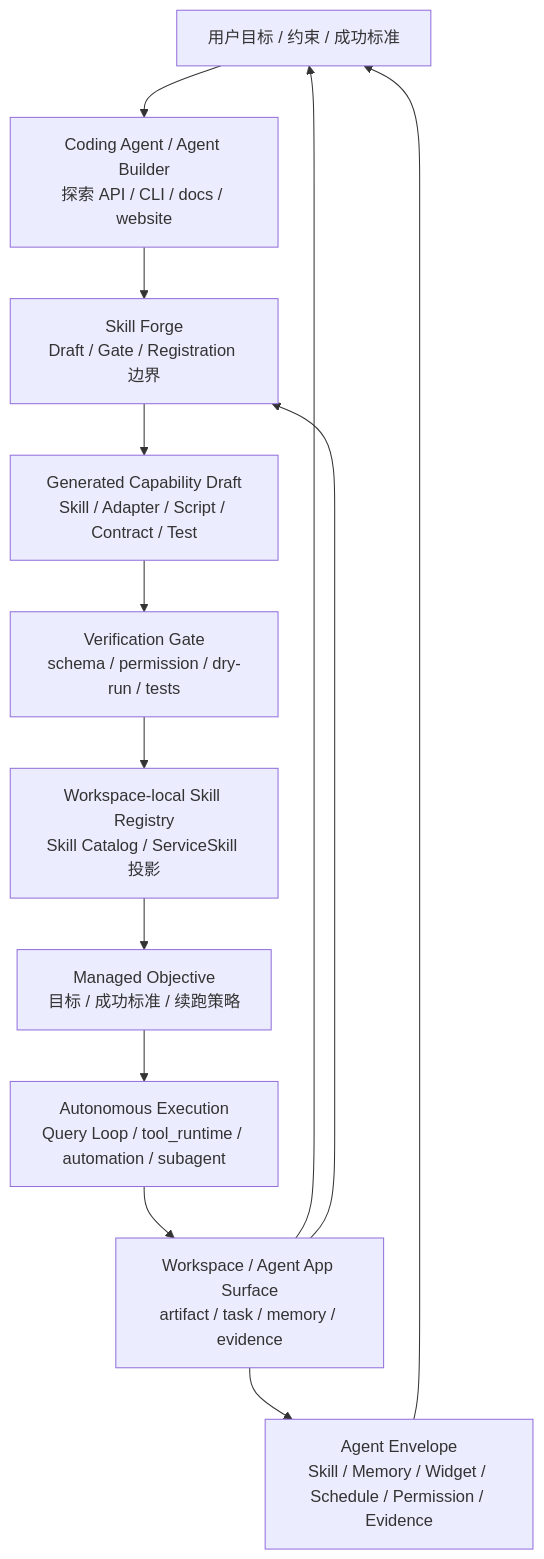
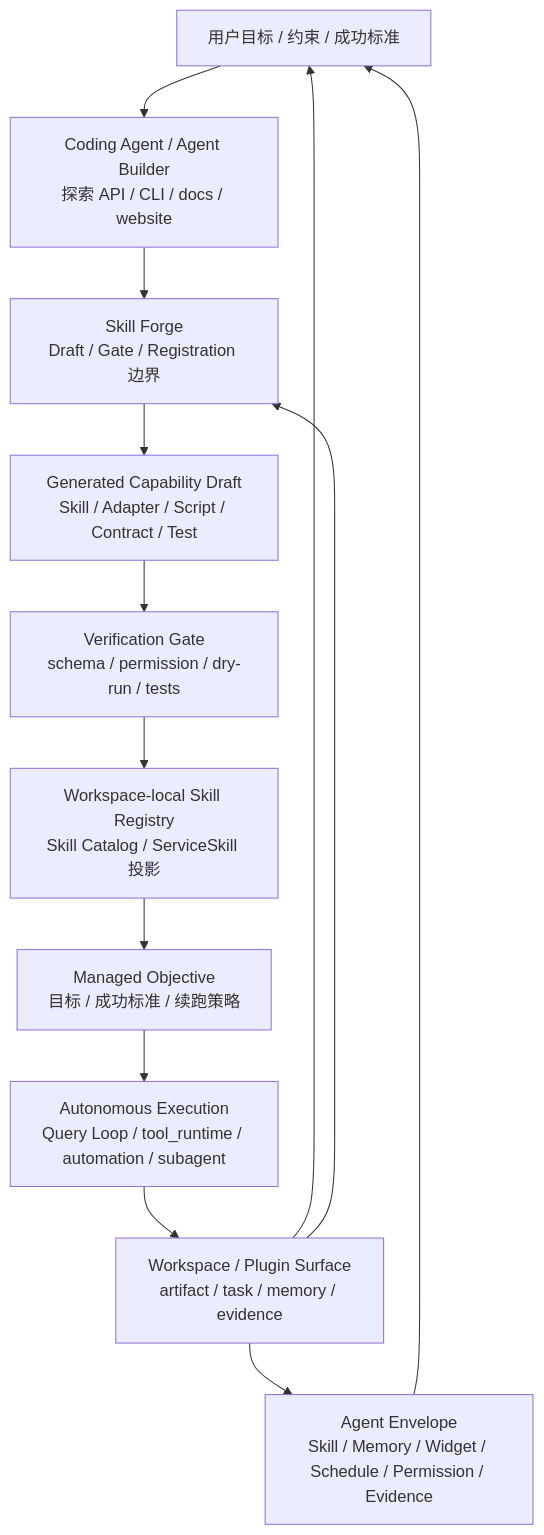
The first of 11 diagrams in internal/roadmap/skill-forge/diagrams.md (jiujuan/lime), drawn with Mermaid before and after one commit. The commit also changed 527 other files, not shown here.

````diff
--- a/internal/roadmap/skill-forge/diagrams.md
+++ b/internal/roadmap/skill-forge/diagrams.md
@@ -15,15 +15,15 @@
 ```mermaid
 flowchart TB
     User[用户目标 / 约束 / 成功标准] --> CodingAgent[Coding Agent / Agent Builder<br/>探索 API / CLI / docs / website]
     CodingAgent --> Forge[Skill Forge<br/>Draft / Gate / Registration 边界]
     Forge --> Capability[Generated Capability Draft<br/>Skill / Adapter / Script / Contract / Test]
     Capability --> Verify[Verification Gate<br/>schema / permission / dry-run / tests]
     Verify --> Registry[Workspace-local Skill Registry<br/>Skill Catalog / ServiceSkill 投影]
     Registry --> Objective[Managed Objective<br/>目标 / 成功标准 / 续跑策略]
     Objective --> Runtime[Autonomous Execution<br/>Query Loop / tool_runtime / automation / subagent]
-    Runtime --> Workspace[Workspace / Agent App Surface<br/>artifact / task / memory / evidence]
+    Runtime --> Workspace[Workspace / Plugin Surface<br/>artifact / task / memory / evidence]
     Workspace --> AgentEnvelope[Agent Envelope<br/>Skill / Memory / Widget / Schedule / Permission / Evidence]
     AgentEnvelope --> User
     Workspace --> User
     Workspace --> Forge
 ```
````
